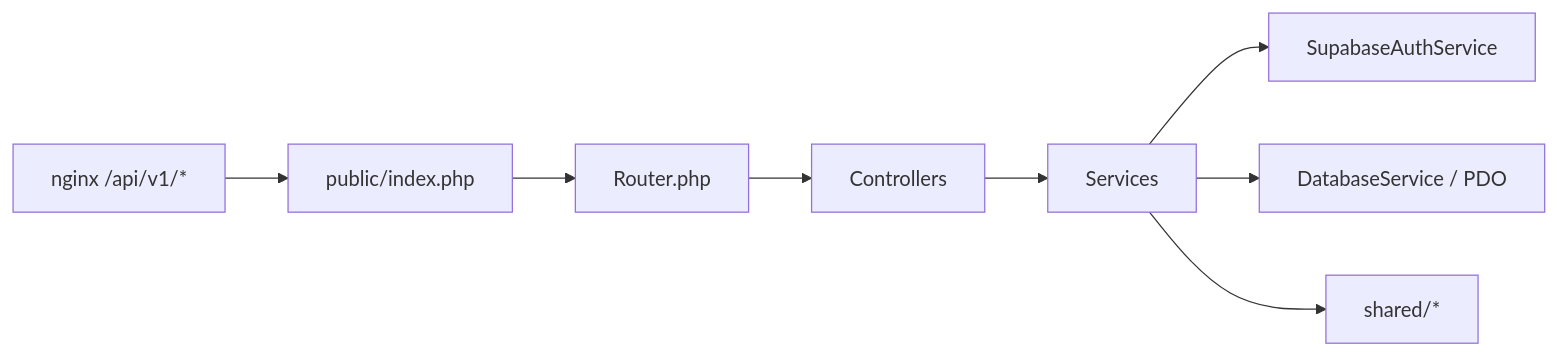
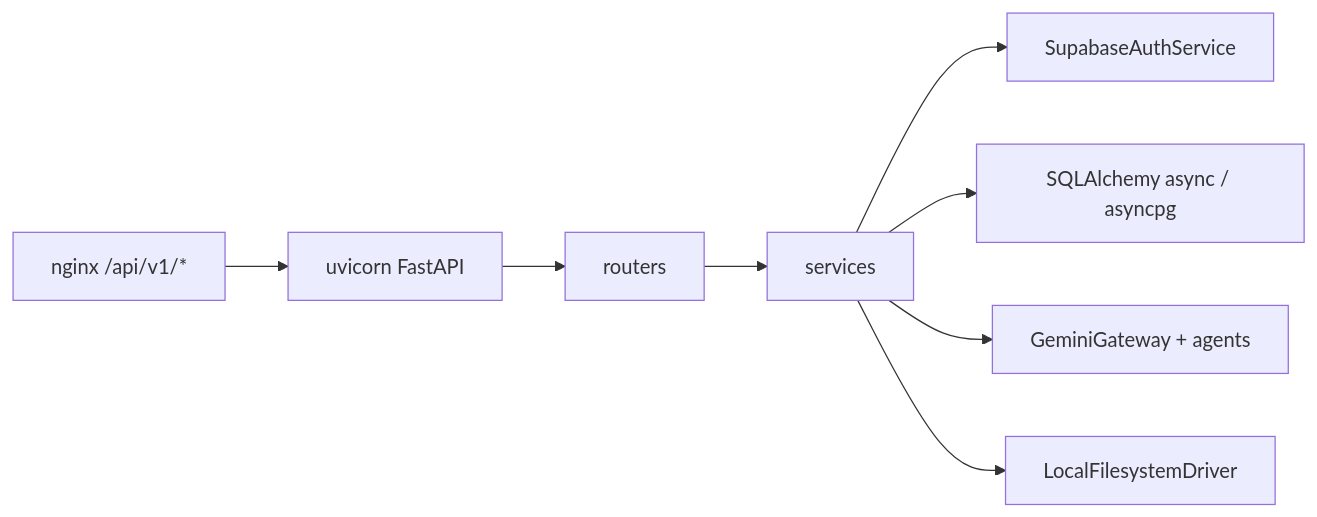
Before and after one commit to KuiperBelt-PRO/kidepik: the diagram in .cursor/diagrams/04-backend-php.md, drawn with Mermaid. The commit also changed other lines of this file and 165 other files, not shown here.

First line of the commit message:
WIP: FastAPI Gemini agents and PHP AI stack retirement

````diff
--- a/.cursor/diagrams/04-backend-php.md
+++ b/.cursor/diagrams/04-backend-php.md
@@ -6,10 +6,10 @@
 ```mermaid
 flowchart LR
-  Req[nginx /api/v1/*] --> Index[public/index.php]
-  Index --> Router[Router.php]
-  Router --> Ctrl[Controllers]
-  Ctrl --> Svc[Services]
+  Req[nginx /api/v1/*] --> Uvi[uvicorn FastAPI]
+  Uvi --> R[routers]
+  R --> Svc[services]
   Svc --> Auth[SupabaseAuthService]
-  Svc --> DB[DatabaseService / PDO]
-  Svc --> Shared[shared/*]
+  Svc --> DB[SQLAlchemy async / asyncpg]
+  Svc --> AI[GeminiGateway + agents]
+  Svc --> Stor[LocalFilesystemDriver]
 ```
````
